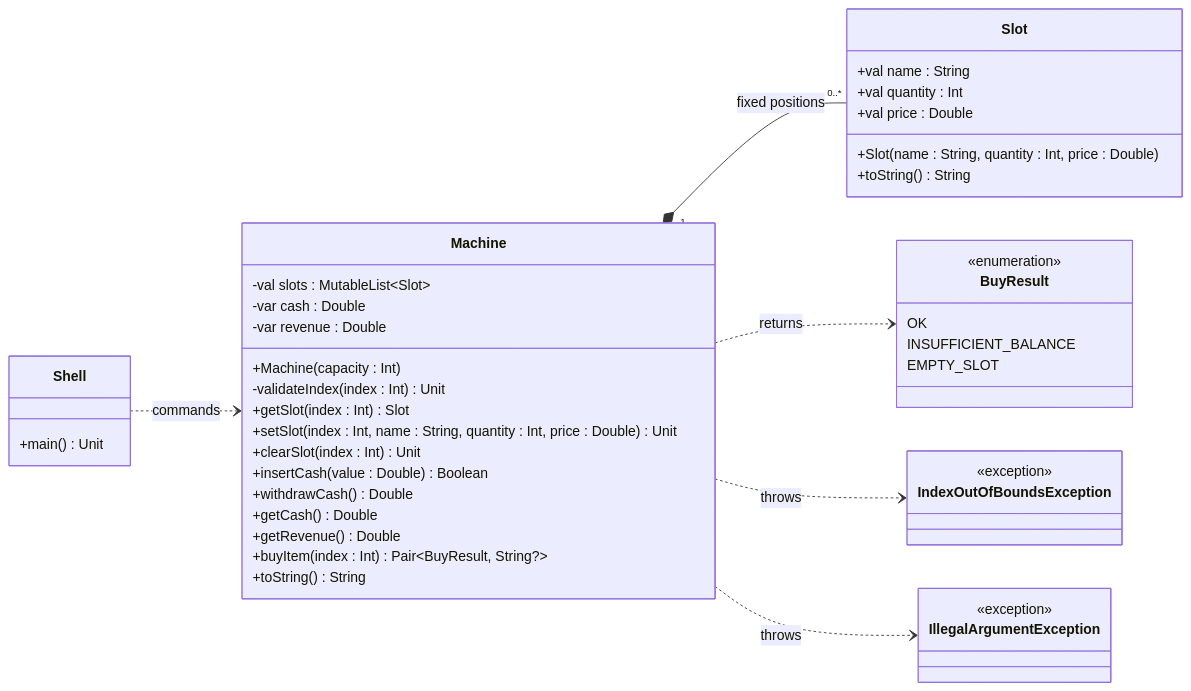
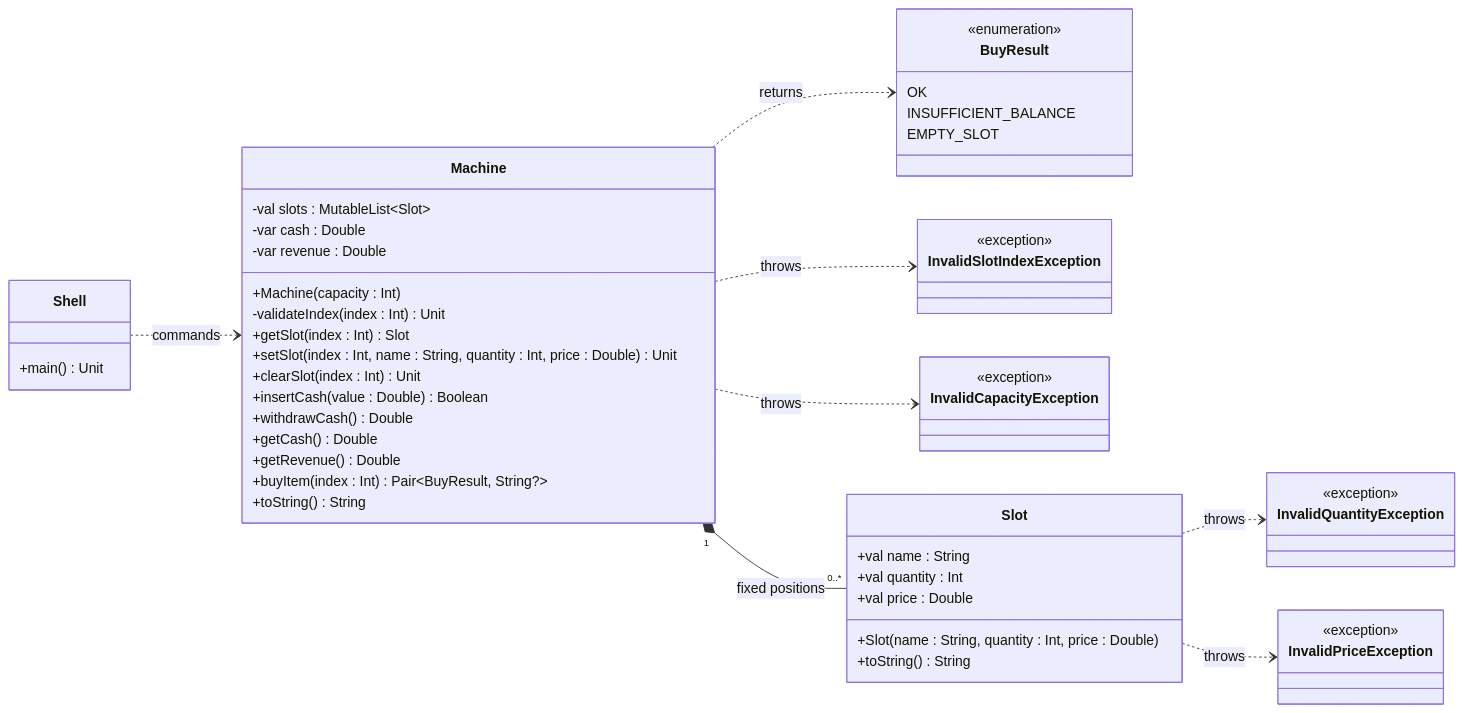
Before and after one commit to qxcodepoo/arcade: the diagram in labs/junkfood/README.md, drawn with Mermaid. The commit also changed other lines of this file and 44 other files, not shown here.

````diff
--- a/labs/junkfood/README.md
+++ b/labs/junkfood/README.md
@@ -71,55 +72,65 @@
 ```mermaid
 %%{init: {'fontFamily': 'monospace'}}%%
 classDiagram
     direction LR
 
     class BuyResult {
         <<enumeration>>
         OK
         INSUFFICIENT_BALANCE
         EMPTY_SLOT
     }
 
-    class IndexOutOfBoundsException {
+    class InvalidSlotIndexException {
         <<exception>>
     }
 
-    class IllegalArgumentException {
+    class InvalidCapacityException {
+        <<exception>>
+    }
+
+    class InvalidQuantityException {
+        <<exception>>
+    }
+
+    class InvalidPriceException {
         <<exception>>
     }
 
     class Slot {
         +val name : String
         +val quantity : Int
         +val price : Double
         +Slot(name : String, quantity : Int, price : Double)
         +toString() String
     }
 
     class Machine {
         -val slots : MutableList~Slot~
         -var cash : Double
         -var revenue : Double
         +Machine(capacity : Int)
         -validateIndex(index : Int) Unit
         +getSlot(index : Int) Slot
         +setSlot(index : Int, name : String, quantity : Int, price : Double) Unit
         +clearSlot(index : Int) Unit
         +insertCash(value : Double) Boolean
         +withdrawCash() Double
         +getCash() Double
         +getRevenue() Double
         +buyItem(index : Int) Pair~BuyResult, String?~
         +toString() String
     }
 
     class Shell {
         +main() Unit
     }
 
     Machine "1" *-- "0..*" Slot : fixed positions
     Machine ..> BuyResult : returns
-    Machine ..> IndexOutOfBoundsException : throws
-    Machine ..> IllegalArgumentException : throws
+    Machine ..> InvalidSlotIndexException : throws
+    Machine ..> InvalidCapacityException : throws
+    Slot ..> InvalidQuantityException : throws
+    Slot ..> InvalidPriceException : throws
     Shell ..> Machine : commands
 ```
````
